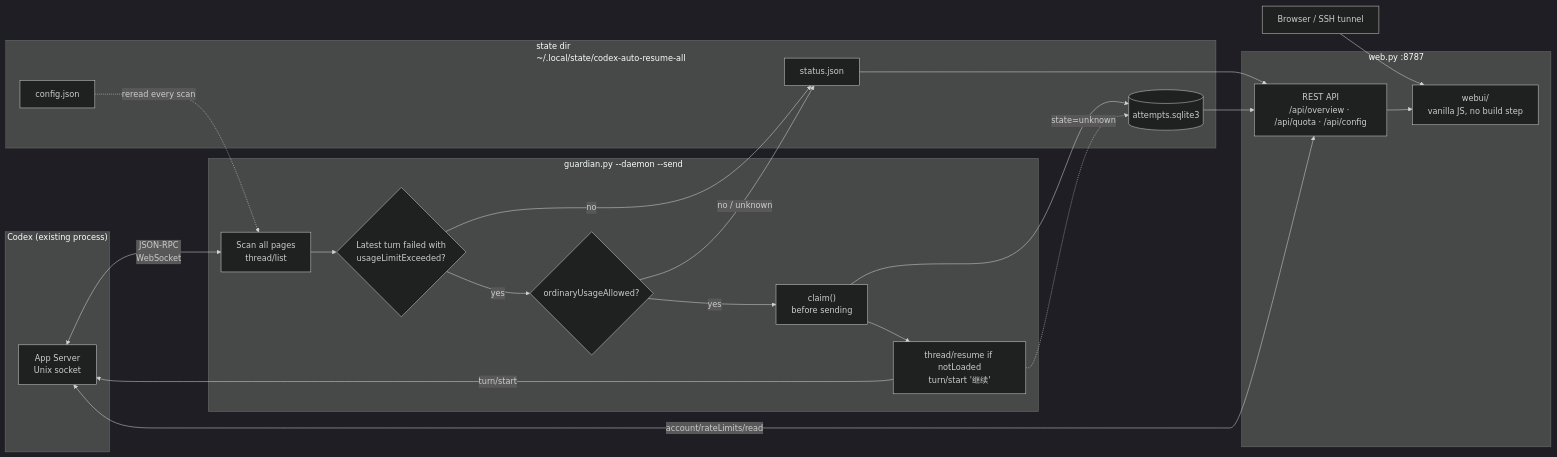
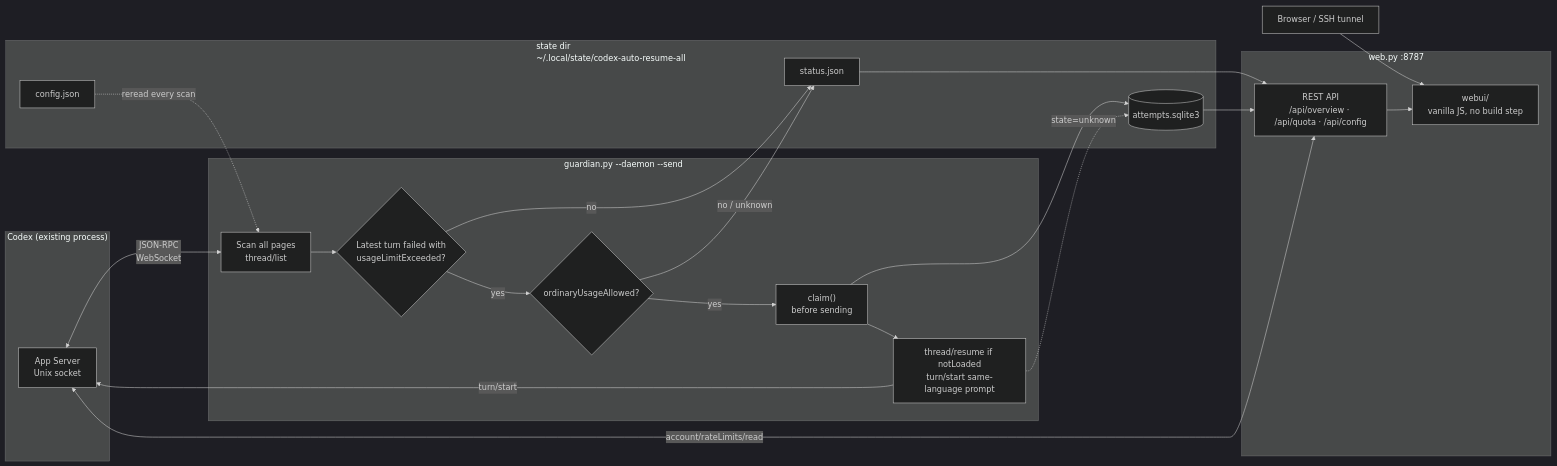
The diagram in README.md (cranehuang/CodexAutoResume), drawn with Mermaid (dark theme) before and after one commit. The commit also changed other lines of this file and 2 other files, not shown here.

````diff
--- a/README.md
+++ b/README.md
@@ -32,41 +32,41 @@
 ```mermaid
 flowchart LR
   Browser["Browser / SSH tunnel"] --> UI
 
   subgraph CodexSide["Codex (existing process)"]
     AS["App Server<br/>Unix socket"]
   end
 
   subgraph GuardianSide["guardian.py --daemon --send"]
     SCAN["Scan all pages<br/>thread/list"]
     CHECK{"Latest turn failed with<br/>usageLimitExceeded?"}
     QUOTA{"ordinaryUsageAllowed?"}
     CLAIM["claim()<br/>before sending"]
-    RESUME["thread/resume if notLoaded<br/>turn/start '继续'"]
+    RESUME["thread/resume if notLoaded<br/>turn/start same-language prompt"]
   end
 
   subgraph StateSide["state dir<br/>~/.local/state/codex-auto-resume-all"]
     CFG["config.json"]
     DB[("attempts.sqlite3")]
     SNAP["status.json"]
   end
 
   subgraph WebSide["web.py :8787"]
     API["REST API<br/>/api/overview · /api/quota · /api/config"]
     UI["webui/<br/>vanilla JS, no build step"]
   end
 
   CFG -. reread every scan .-> SCAN
   AS <-->|JSON-RPC<br/>WebSocket| SCAN
   SCAN --> CHECK
   CHECK -- no --> SNAP
   CHECK -- yes --> QUOTA
   QUOTA -- no / unknown --> SNAP
   QUOTA -- yes --> CLAIM --> DB
   CLAIM --> RESUME -->|turn/start| AS
   RESUME -. state=unknown .-> DB
   SNAP --> API
   DB --> API
   API --> UI
   API <-->|account/rateLimits/read| AS
 ```
````
